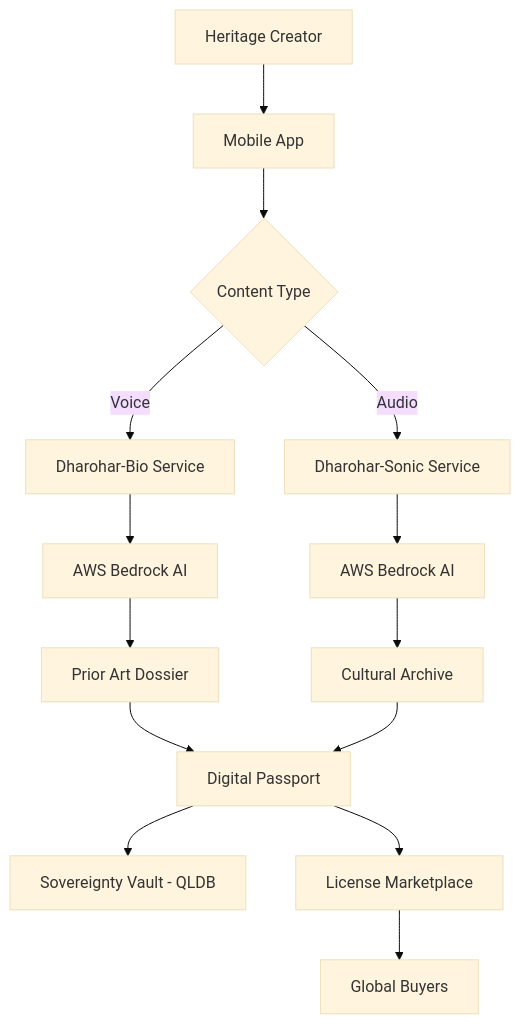
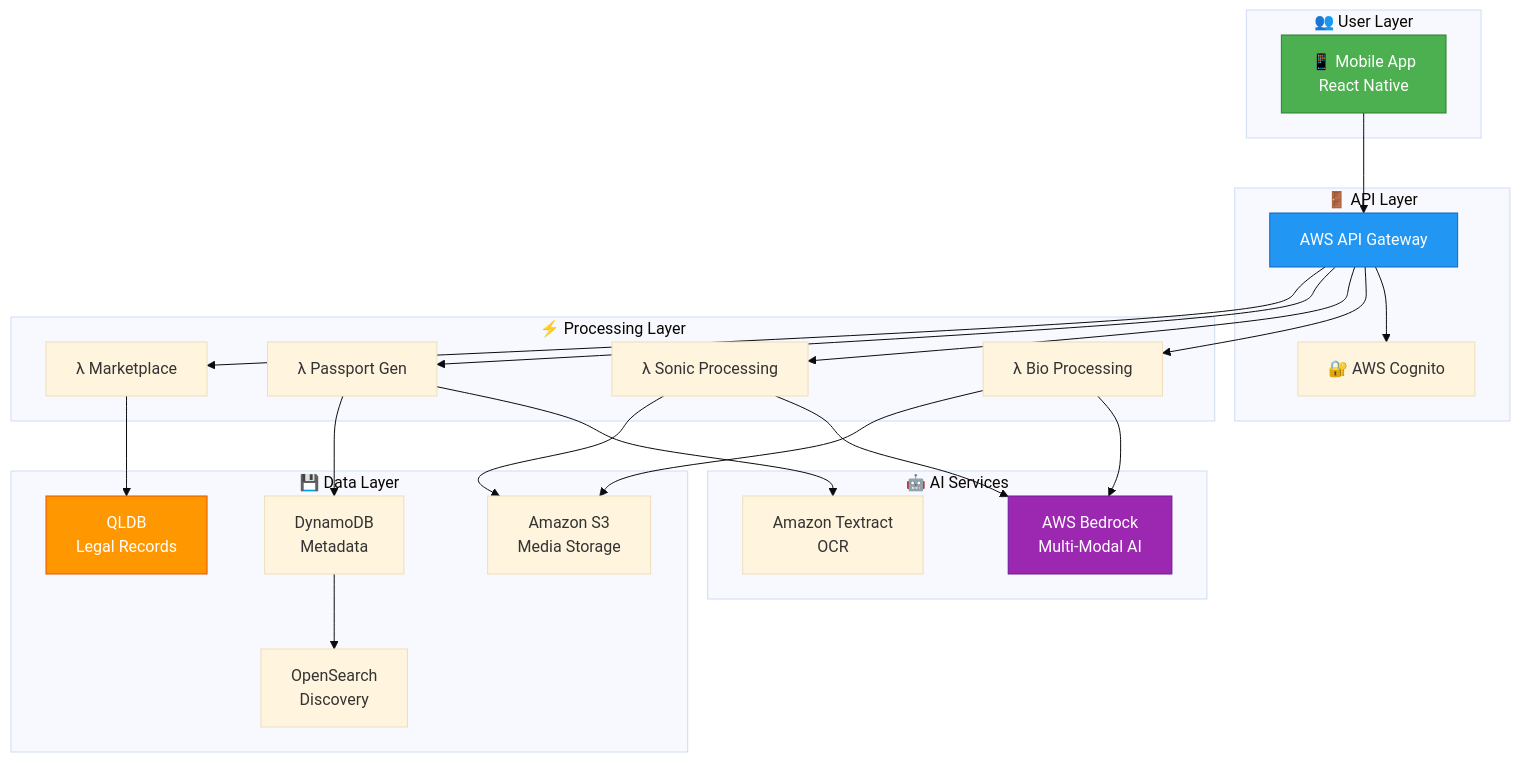
One commit to adityatiwari12/Dharohar-MVP changed the second of 4 diagrams in README.md. Above: the diagram before and after it, drawn with Mermaid (base theme). The commit also changed other lines of this file, not shown here.

First line of the commit message:
feat: Create comprehensive animation-rich README for AI for Bharat AWS Hackathon

````diff
--- a/README.md
+++ b/README.md
@@ -124,16 +172,50 @@
 ```mermaid
 graph TB
-    A[Heritage Creator] --> B[Mobile App]
-    B --> C{Content Type}
-    C -->|Voice| D[Dharohar-Bio Service]
-    C -->|Audio| E[Dharohar-Sonic Service]
-    D --> F[AWS Bedrock AI]
-    E --> G[AWS Bedrock AI]
-    F --> H[Prior Art Dossier]
-    G --> I[Cultural Archive]
-    H --> J[Digital Passport]
-    I --> J
-    J --> K[Sovereignty Vault - QLDB]
-    J --> L[License Marketplace]
-    L --> M[Global Buyers]
+    subgraph "👥 User Layer"
+        A[📱 Mobile App<br/>React Native]
+    end
+    
+    subgraph "🚪 API Layer"
+        B[AWS API Gateway]
+        C[🔐 AWS Cognito]
+    end
+    
+    subgraph "⚡ Processing Layer"
+        D[λ Bio Processing]
+        E[λ Sonic Processing]
+        F[λ Passport Gen]
+        G[λ Marketplace]
+    end
+    
+    subgraph "🤖 AI Services"
+        H[AWS Bedrock<br/>Multi-Modal AI]
+        I[Amazon Textract<br/>OCR]
+    end
+    
+    subgraph "💾 Data Layer"
+        J[Amazon S3<br/>Media Storage]
+        K[DynamoDB<br/>Metadata]
+        L[QLDB<br/>Legal Records]
+        M[OpenSearch<br/>Discovery]
+    end
+    
+    A --> B
+    B --> C
+    B --> D
+    B --> E
+    B --> F
+    B --> G
+    D --> H
+    E --> H
+    F --> I
+    D --> J
+    E --> J
+    F --> K
+    G --> L
+    K --> M
+    
+    style A fill:#4CAF50,stroke:#2E7D32,color:#fff
+    style B fill:#2196F3,stroke:#1565C0,color:#fff
+    style H fill:#9C27B0,stroke:#6A1B9A,color:#fff
+    style L fill:#FF9800,stroke:#E65100,color:#fff
 ```
````
